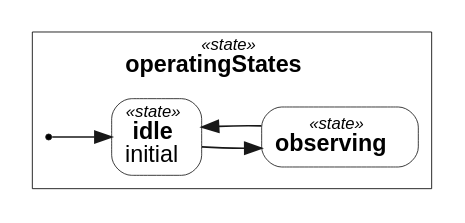
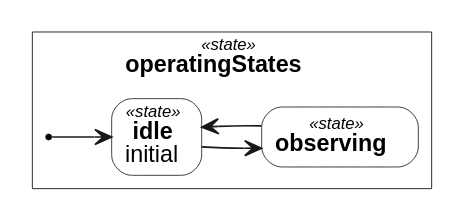
One commit to Open-MBEE/OpenSysML changed the second of 2 diagrams in internal/doc/docrender/testdata/telescope_report.dot.golden.md. Above: the diagram before and after it, drawn with Graphviz. The commit also changed 57 other files, not shown here.

````diff
--- a/internal/doc/docrender/testdata/telescope_report.dot.golden.md
+++ b/internal/doc/docrender/testdata/telescope_report.dot.golden.md
@@ -106,22 +106,22 @@
 ```dot
 // kind: state
 // stated: the diagram states kind "state"
 // layout: dot
 digraph {
   graph [fontname="Helvetica", rankdir=LR];
   node [shape=box, style=filled, fillcolor=white, color="#181818", fontname="Helvetica", fontsize=14, penwidth=0.5];
   edge [color="#181818", fontname="Helvetica", fontsize=13, penwidth=1];
   subgraph "cluster_n0" {
     label=<<font point-size="10"><i>«state»</i></font><br/><b>operatingStates</b>>;
     color=black;
     penwidth=0.5;
     "n0" [shape=point, style=invis, width=0, height=0, label=""];
     "n3" [shape=point, fillcolor=black, label=""];
     "n1" [style="rounded,filled", label=<<font point-size="10"><i>«state»</i></font><br/><b>idle</b><br/>initial>];
     "n2" [style="rounded,filled", label=<<font point-size="10"><i>«state»</i></font><br/><b>observing</b>>];
   }
-  "n3" -> "n1";
-  "n1" -> "n2";
-  "n2" -> "n1";
+  "n3" -> "n1" [arrowhead=vee];
+  "n1" -> "n2" [arrowhead=vee];
+  "n2" -> "n1" [arrowhead=vee];
 }
 ```
````
